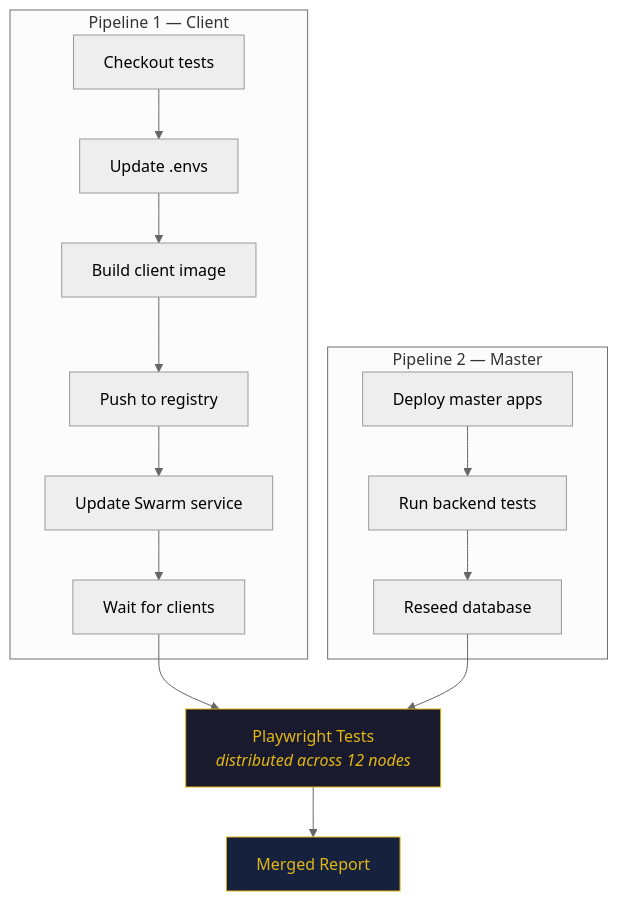
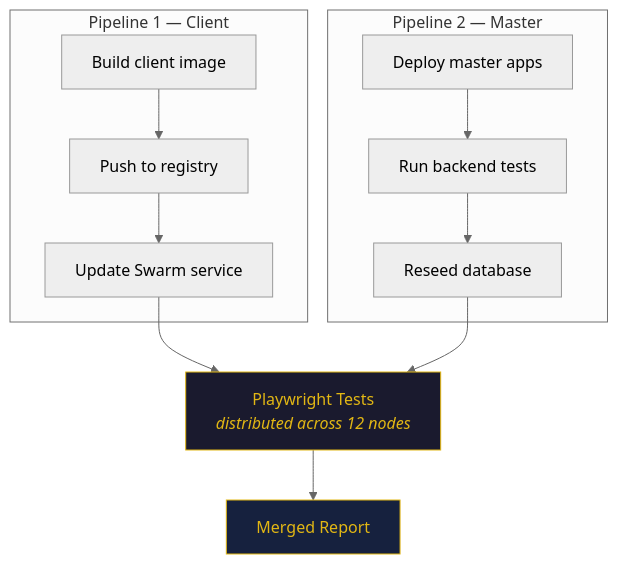
Before and after one commit to cymmGithub/minifarm: the second of 2 diagrams in README.md, drawn with Mermaid (neutral theme).

Commit message:
Simplify client pipeline diagram

````diff
--- a/README.md
+++ b/README.md
@@ -51,24 +51,21 @@
 ```mermaid
 graph TD
     subgraph "Pipeline 1 — Client"
-        A1[Checkout tests] --> A2[Update .envs]
-        A2 --> A3[Build client image]
-        A3 --> A4[Push to registry]
-        A4 --> A5[Update Swarm service]
-        A5 --> A6[Wait for clients]
+        A1[Build client image] --> A2[Push to registry]
+        A2 --> A3[Update Swarm service]
     end
 
     subgraph "Pipeline 2 — Master"
         B1[Deploy master apps] --> B2[Run backend tests]
         B2 --> B3[Reseed database]
     end
 
-    A6 --> PW
+    A3 --> PW
     B3 --> PW
 
     PW["Playwright Tests<br/><i>distributed across 12 nodes</i>"]
     PW --> Report[Merged Report]
 
     style PW fill:#1a1a2e,stroke:#e2b714,color:#e2b714
     style Report fill:#16213e,stroke:#e2b714,color:#e2b714
 ```
````
